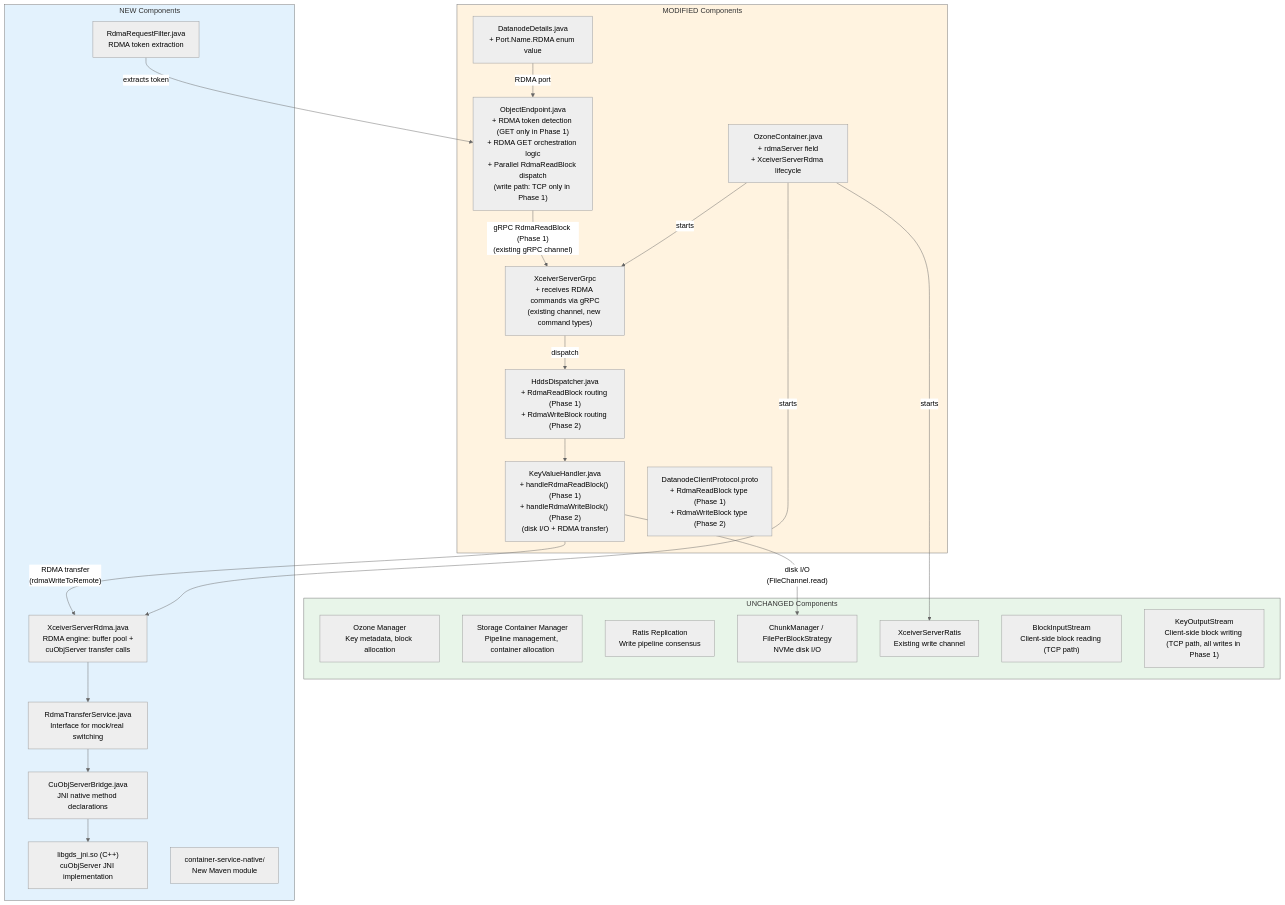
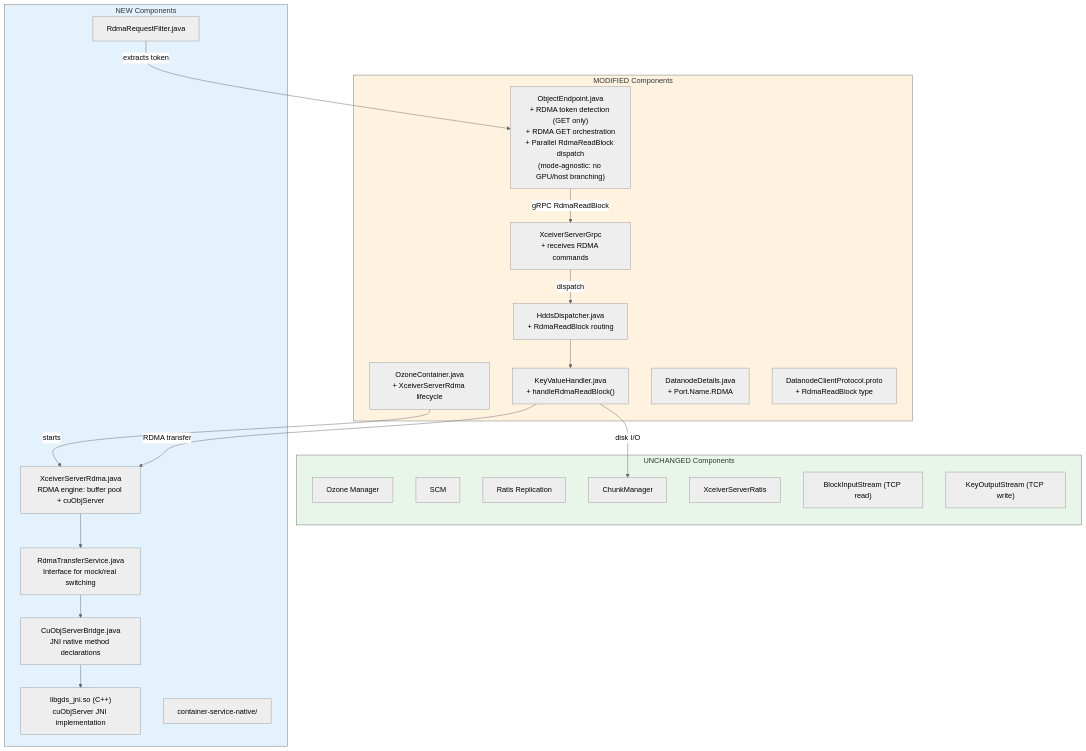
The eighth of 10 diagrams in docs/gds-dn-direct-rdma-implementation-spec.md (ptlrs/ozone), drawn with Mermaid (neutral theme) before and after one commit. The commit also changed other lines of this file and 1 other file, not shown here.

Commit message:
GPUDIRECT. Update GPUDirect Storage spec to v7.0 with dual-mode GPU/host-memory RDMA support, extended cloud deployment recommendations, and updated architectural flow diagrams

````diff
--- a/docs/gds-dn-direct-rdma-implementation-spec.md
+++ b/docs/gds-dn-direct-rdma-implementation-spec.md
@@ -412,46 +557,43 @@
 ```mermaid
 flowchart TB
   subgraph Unchanged["UNCHANGED Components"]
     style Unchanged fill:#e8f5e9
-    OM["Ozone Manager<br/>Key metadata, block allocation"]
-    SCM["Storage Container Manager<br/>Pipeline management, container allocation"]
-    Ratis["Ratis Replication<br/>Write pipeline consensus"]
-    CM["ChunkManager / FilePerBlockStrategy<br/>NVMe disk I/O"]
-    RatisXceiver["XceiverServerRatis<br/>Existing write channel"]
-    BlockInputStream["BlockInputStream<br/>Client-side block reading (TCP path)"]
-    KeyOutputStream["KeyOutputStream<br/>Client-side block writing (TCP path, all writes in Phase 1)"]
+    OM["Ozone Manager"]
+    SCM["SCM"]
+    Ratis["Ratis Replication"]
+    CM["ChunkManager"]
+    RatisXceiver["XceiverServerRatis"]
+    BlockInputStream["BlockInputStream (TCP read)"]
+    KeyOutputStream["KeyOutputStream (TCP write)"]
   end
 
   subgraph Modified["MODIFIED Components"]
     style Modified fill:#fff3e0
-    ObjectEndpoint["ObjectEndpoint.java<br/>+ RDMA token detection (GET only in Phase 1)<br/>+ RDMA GET orchestration logic<br/>+ Parallel RdmaReadBlock dispatch<br/>(write path: TCP only in Phase 1)"]
-    OzoneContainer["OzoneContainer.java<br/>+ rdmaServer field<br/>+ XceiverServerRdma lifecycle"]
-    HddsDispatcher["HddsDispatcher.java<br/>+ RdmaReadBlock routing (Phase 1)<br/>+ RdmaWriteBlock routing (Phase 2)"]
-    KVHandler["KeyValueHandler.java<br/>+ handleRdmaReadBlock() (Phase 1)<br/>+ handleRdmaWriteBlock() (Phase 2)<br/>(disk I/O + RDMA transfer)"]
-    GrpcXceiver["XceiverServerGrpc<br/>+ receives RDMA commands via gRPC<br/>(existing channel, new command types)"]
-    DatanodeDetails["DatanodeDetails.java<br/>+ Port.Name.RDMA enum value"]
-    Proto["DatanodeClientProtocol.proto<br/>+ RdmaReadBlock type (Phase 1)<br/>+ RdmaWriteBlock type (Phase 2)"]
+    ObjectEndpoint["ObjectEndpoint.java<br/>+ RDMA token detection (GET only)<br/>+ RDMA GET orchestration<br/>+ Parallel RdmaReadBlock dispatch<br/>(mode-agnostic: no GPU/host branching)"]
+    OzoneContainer["OzoneContainer.java<br/>+ XceiverServerRdma lifecycle"]
+    HddsDispatcher["HddsDispatcher.java<br/>+ RdmaReadBlock routing"]
+    KVHandler["KeyValueHandler.java<br/>+ handleRdmaReadBlock()"]
+    GrpcXceiver["XceiverServerGrpc<br/>+ receives RDMA commands"]
+    DatanodeDetails["DatanodeDetails.java<br/>+ Port.Name.RDMA"]
+    Proto["DatanodeClientProtocol.proto<br/>+ RdmaReadBlock type"]
   end
 
   subgraph New["NEW Components"]
     style New fill:#e3f2fd
-    XceiverRdma["XceiverServerRdma.java<br/>RDMA engine: buffer pool +<br/>cuObjServer transfer calls"]
+    XceiverRdma["XceiverServerRdma.java<br/>RDMA engine: buffer pool + cuObjServer"]
     RdmaService["RdmaTransferService.java<br/>Interface for mock/real switching"]
     JNIBridge["CuObjServerBridge.java<br/>JNI native method declarations"]
     NativeLib["libgds_jni.so (C++)<br/>cuObjServer JNI implementation"]
-    RdmaFilter["RdmaRequestFilter.java<br/>RDMA token extraction"]
-    NativeModule["container-service-native/<br/>New Maven module"]
+    RdmaFilter["RdmaRequestFilter.java"]
+    NativeModule["container-service-native/"]
   end
 
-  ObjectEndpoint -->|" gRPC RdmaReadBlock (Phase 1)<br/>(existing gRPC channel) "| GrpcXceiver
+  ObjectEndpoint -->|" gRPC RdmaReadBlock "| GrpcXceiver
   GrpcXceiver -->|" dispatch "| HddsDispatcher
   HddsDispatcher --> KVHandler
-  KVHandler -->|" disk I/O<br/>(FileChannel.read) "| CM
-  KVHandler -->|" RDMA transfer<br/>(rdmaWriteToRemote) "| XceiverRdma
+  KVHandler -->|" disk I/O "| CM
+  KVHandler -->|" RDMA transfer "| XceiverRdma
   XceiverRdma --> RdmaService --> JNIBridge --> NativeLib
   OzoneContainer -->|" starts "| XceiverRdma
-  OzoneContainer -->|" starts "| GrpcXceiver
-  OzoneContainer -->|" starts "| RatisXceiver
   RdmaFilter -->|" extracts token "| ObjectEndpoint
-  DatanodeDetails -->|" RDMA port "| ObjectEndpoint
 ```
````
